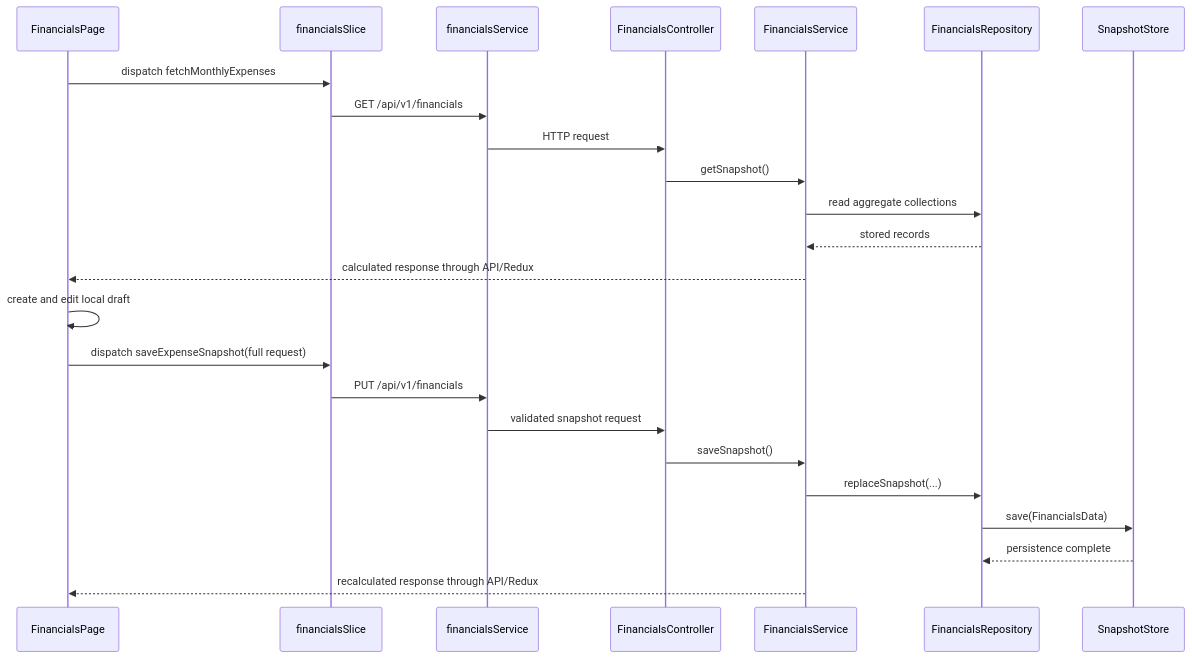
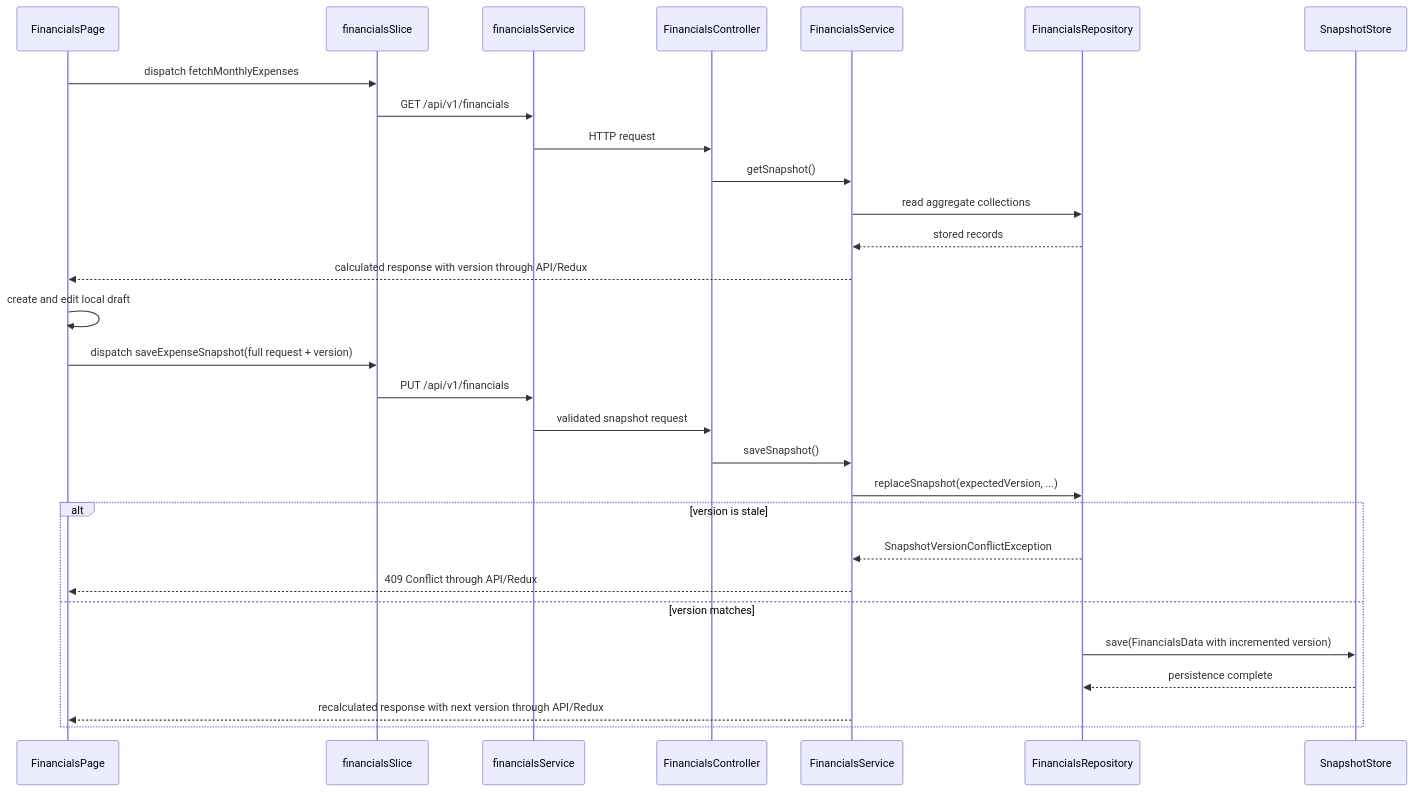
The third of 4 diagrams in docs/architecture-map.md (everdein/end-to-end-app), drawn with Mermaid before and after one commit. The commit also changed other lines of this file and 46 other files, not shown here.

````diff
--- a/docs/architecture-map.md
+++ b/docs/architecture-map.md
@@ -97,27 +101,32 @@
 ```mermaid
 sequenceDiagram
     participant Page as FinancialsPage
     participant Redux as financialsSlice
     participant Client as financialsService
     participant API as FinancialsController
     participant Domain as FinancialsService
     participant Repo as FinancialsRepository
     participant Store as SnapshotStore
 
     Page->>Redux: dispatch fetchMonthlyExpenses
     Redux->>Client: GET /api/v1/financials
     Client->>API: HTTP request
     API->>Domain: getSnapshot()
     Domain->>Repo: read aggregate collections
     Repo-->>Domain: stored records
-    Domain-->>Page: calculated response through API/Redux
+    Domain-->>Page: calculated response with version through API/Redux
     Page->>Page: create and edit local draft
-    Page->>Redux: dispatch saveExpenseSnapshot(full request)
+    Page->>Redux: dispatch saveExpenseSnapshot(full request + version)
     Redux->>Client: PUT /api/v1/financials
     Client->>API: validated snapshot request
     API->>Domain: saveSnapshot()
-    Domain->>Repo: replaceSnapshot(...)
-    Repo->>Store: save(FinancialsData)
-    Store-->>Repo: persistence complete
-    Domain-->>Page: recalculated response through API/Redux
+    Domain->>Repo: replaceSnapshot(expectedVersion, ...)
+    alt version is stale
+        Repo-->>Domain: SnapshotVersionConflictException
+        Domain-->>Page: 409 Conflict through API/Redux
+    else version matches
+        Repo->>Store: save(FinancialsData with incremented version)
+        Store-->>Repo: persistence complete
+        Domain-->>Page: recalculated response with next version through API/Redux
+    end
 ```
````
